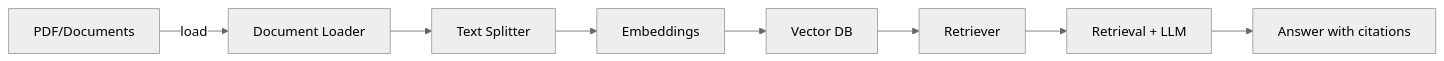
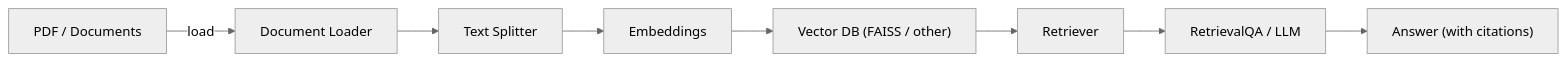
One commit to shobhit1109/RAG changed the diagram in README.md. Above: the diagram before and after it, drawn with Mermaid (neutral theme).

````diff
--- a/README.md
+++ b/README.md
@@ -14,10 +14,10 @@
 ```mermaid
 flowchart LR
-  A[PDF/Documents] -->|load| B[Document Loader]
-  B --> C[Text Splitter]
-  C --> D[Embeddings]
-  D --> E[Vector DB]
-  E --> F[Retriever]
-  F --> G[Retrieval + LLM]
-  G --> H[Answer with citations]
+  A["PDF / Documents"] -->|load| B["Document Loader"]
+  B --> C["Text Splitter"]
+  C --> D["Embeddings"]
+  D --> E["Vector DB (FAISS / other)"]
+  E --> F["Retriever"]
+  F --> G["RetrievalQA / LLM"]
+  G --> H["Answer (with citations)"]
 ```
````
